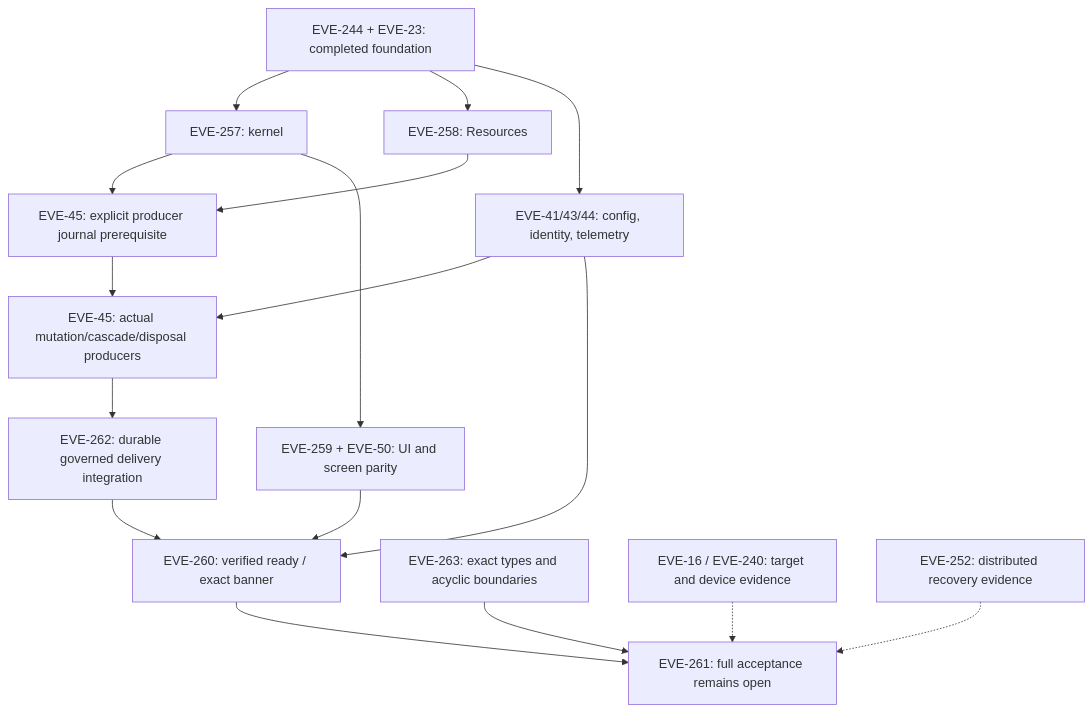
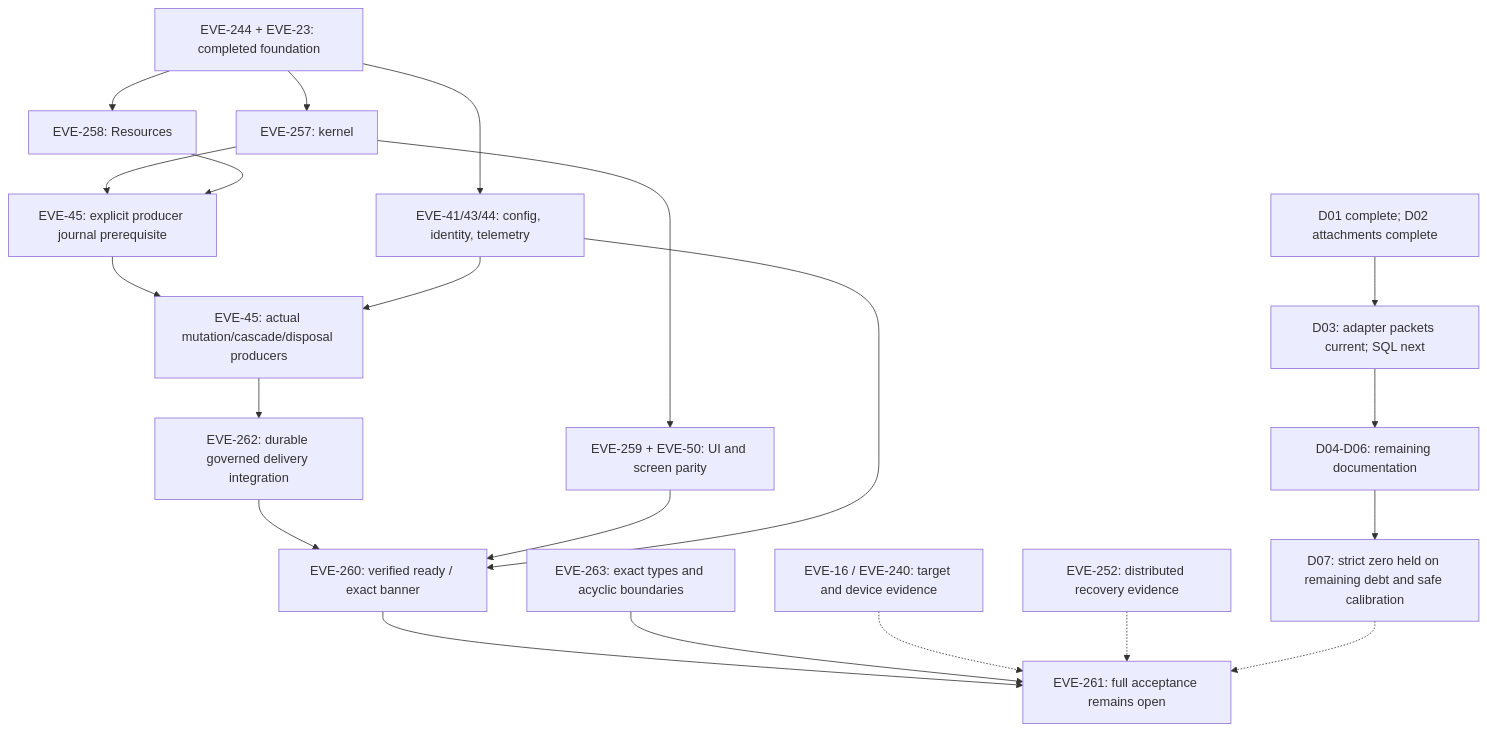
One commit to Resnovas/Eventiva changed the diagram in docs/planning/timeline.md. Above: the diagram before and after it, drawn with Mermaid. The commit also changed other lines of this file and 7 other files, not shown here.

````diff
--- a/docs/planning/timeline.md
+++ b/docs/planning/timeline.md
@@ -136,32 +136,36 @@
 ```mermaid
 flowchart TD
     F["EVE-244 + EVE-23: completed foundation"] --> K["EVE-257: kernel"]
     F --> R["EVE-258: Resources"]
     F --> C["EVE-41/43/44: config, identity, telemetry"]
     K --> J["EVE-45: explicit producer journal prerequisite"]
     R --> J
     J --> P["EVE-45: actual mutation/cascade/disposal producers"]
     C --> P
     P --> H["EVE-262: durable governed delivery integration"]
     K --> U["EVE-259 + EVE-50: UI and screen parity"]
     H --> B["EVE-260: verified ready / exact banner"]
     U --> B
     C --> B
     B --> I["EVE-261: full acceptance remains open"]
     T["EVE-263: exact types and acyclic boundaries"] --> I
     N["EVE-16 / EVE-240: target and device evidence"] -.-> I
     D["EVE-252: distributed recovery evidence"] -.-> I
+    DOC_A["D01 complete; D02 attachments complete"] --> DOC_B["D03: adapter packets current; SQL next"]
+    DOC_B --> DOC_C["D04-D06: remaining documentation"]
+    DOC_C --> DOC_D["D07: strict zero held on remaining debt and safe calibration"]
+    DOC_D -.-> I
     click F "https://linear.app/resnovas/issue/EVE-244"
     click K "https://linear.app/resnovas/issue/EVE-257"
     click R "https://linear.app/resnovas/issue/EVE-258"
     click C "https://linear.app/resnovas/issue/EVE-44"
     click J "https://linear.app/resnovas/issue/EVE-45"
     click P "https://linear.app/resnovas/issue/EVE-45"
     click H "https://linear.app/resnovas/issue/EVE-262"
     click U "https://linear.app/resnovas/issue/EVE-259"
     click B "https://linear.app/resnovas/issue/EVE-260"
     click I "https://linear.app/resnovas/issue/EVE-261"
     click T "https://linear.app/resnovas/issue/EVE-263"
     click N "https://linear.app/resnovas/issue/EVE-16"
     click D "https://linear.app/resnovas/issue/EVE-252"
 ```
````
